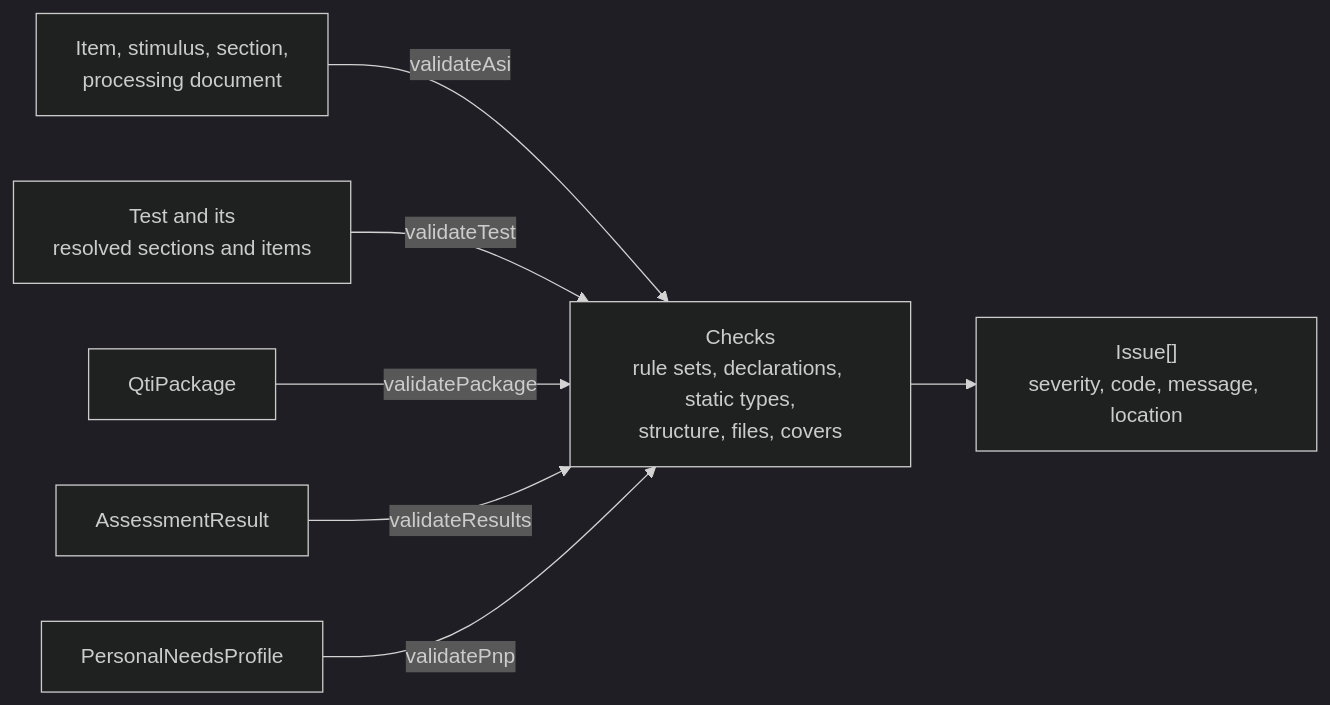
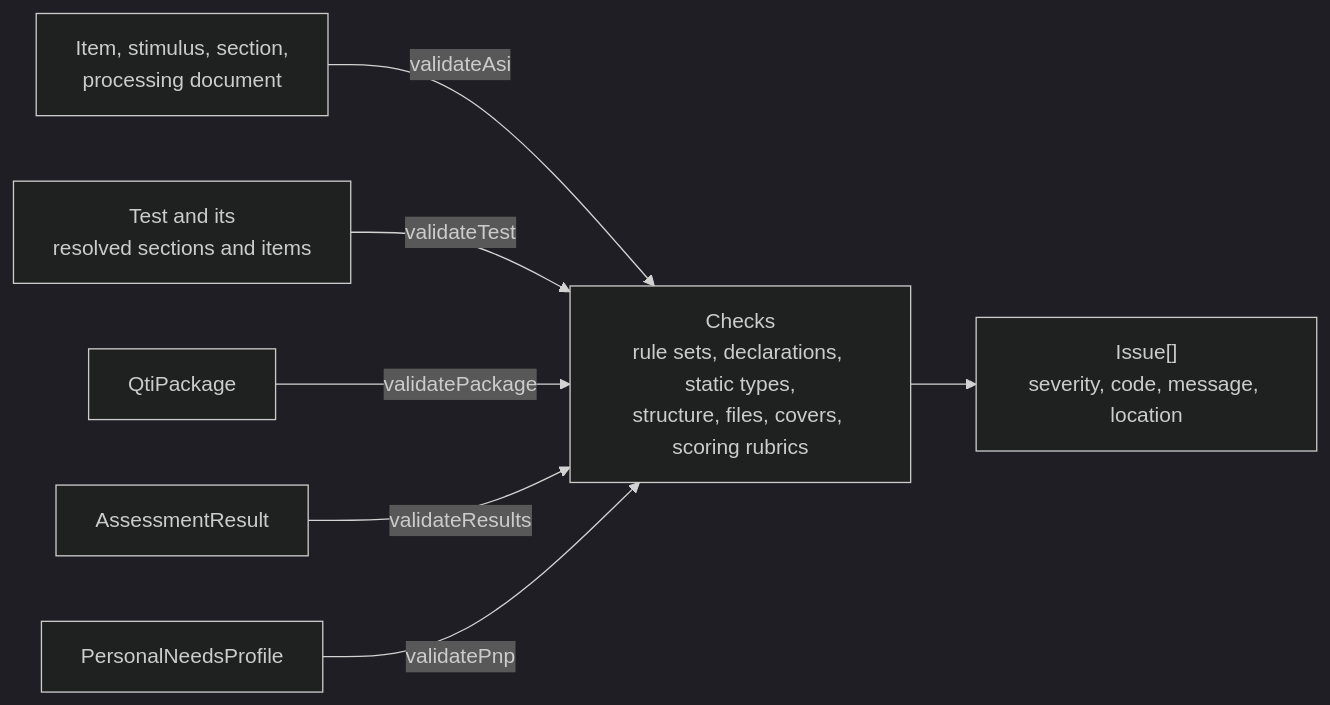
Before and after one commit to assesskit/assesskit: the diagram in docs/runtime/validate.md, drawn with Mermaid (dark theme). The commit also changed other lines of this file and 11 other files, not shown here.

First line of the commit message:
Check the scoring rubrics of an item and a test

````diff
--- a/docs/runtime/validate.md
+++ b/docs/runtime/validate.md
@@ -10,9 +10,9 @@
 ```mermaid
 flowchart LR
   item["Item, stimulus, section,<br/>processing document"] -- "validateAsi" --> checks
   test["Test and its<br/>resolved sections and items"] -- "validateTest" --> checks
   pkg["QtiPackage"] -- "validatePackage" --> checks
   results["AssessmentResult"] -- "validateResults" --> checks
   profile["PersonalNeedsProfile"] -- "validatePnp" --> checks
-  checks["Checks<br/>rule sets, declarations, static types,<br/>structure, files, covers"] --> issues["Issue[]<br/>severity, code, message, location"]
+  checks["Checks<br/>rule sets, declarations, static types,<br/>structure, files, covers, scoring rubrics"] --> issues["Issue[]<br/>severity, code, message, location"]
 ```
````
